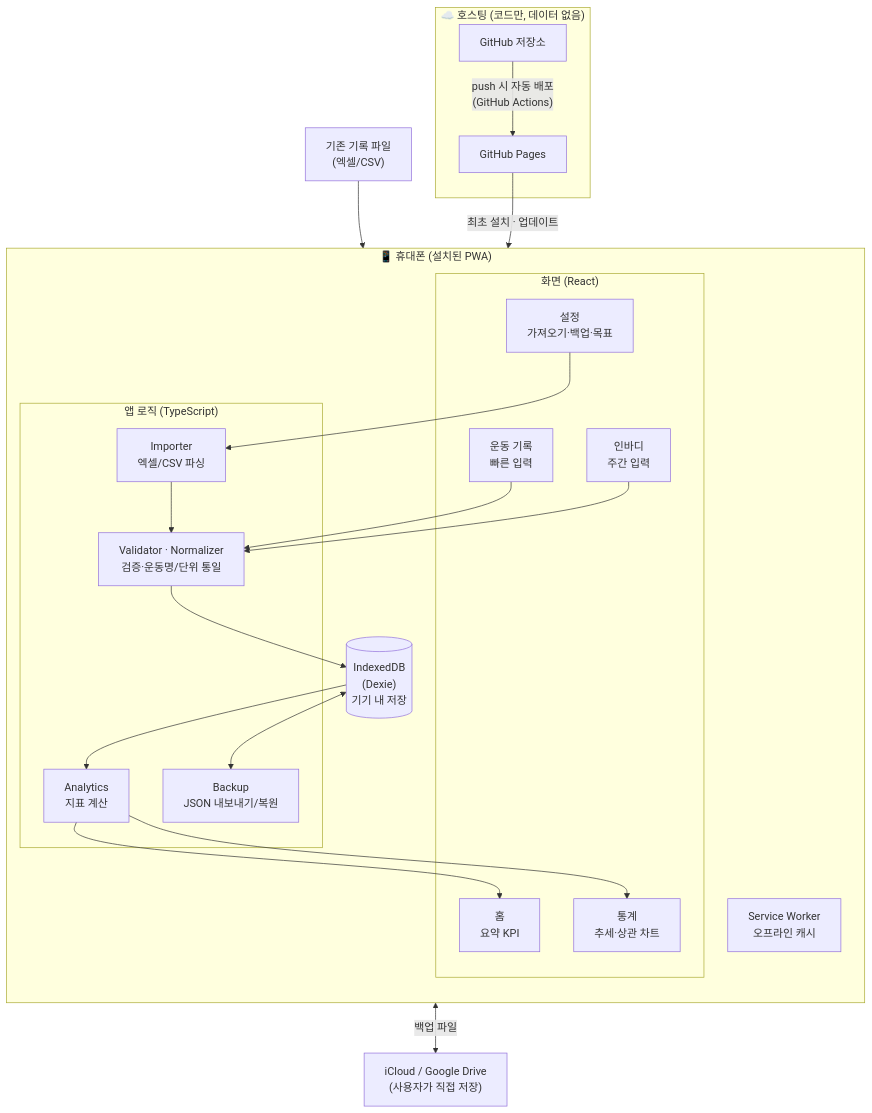
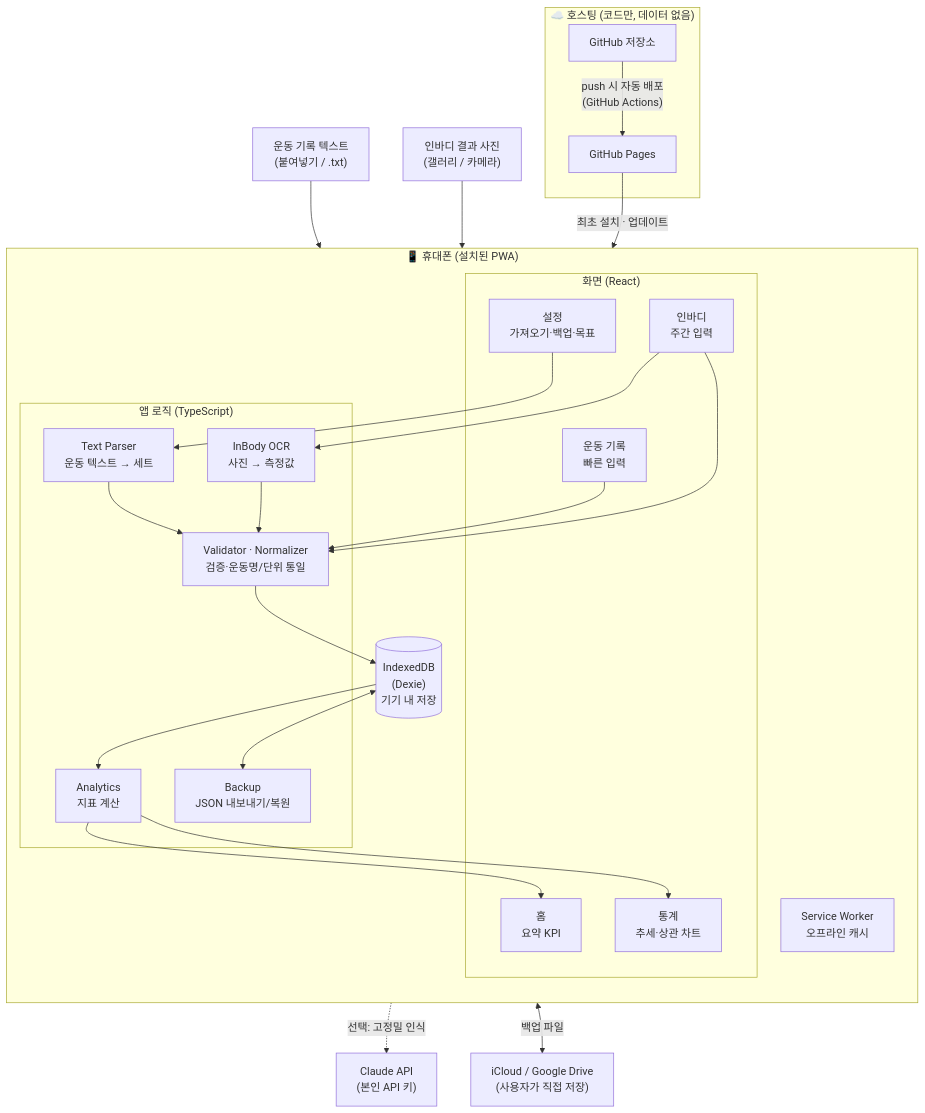
Before and after one commit to y2j1004-run/003.workout_mgmt: the first of 6 diagrams in docs/ARCHITECTURE.md, drawn with Mermaid. The commit also changed other lines of this file and 23 other files, not shown here.

````diff
--- a/docs/ARCHITECTURE.md
+++ b/docs/ARCHITECTURE.md
@@ -34,35 +44,39 @@
 ```mermaid
 flowchart TB
     subgraph PHONE["📱 휴대폰 (설치된 PWA)"]
         direction TB
         subgraph UI["화면 (React)"]
             U1["홈<br/>요약 KPI"]
             U2["운동 기록<br/>빠른 입력"]
             U3["인바디<br/>주간 입력"]
             U4["통계<br/>추세·상관 차트"]
             U5["설정<br/>가져오기·백업·목표"]
         end
 
         subgraph CORE["앱 로직 (TypeScript)"]
-            L1["Importer<br/>엑셀/CSV 파싱"]
+            L1["Text Parser<br/>운동 텍스트 → 세트"]
+            L5["InBody OCR<br/>사진 → 측정값"]
             L2["Validator · Normalizer<br/>검증·운동명/단위 통일"]
             L3["Analytics<br/>지표 계산"]
             L4["Backup<br/>JSON 내보내기/복원"]
         end
 
         DB[("IndexedDB<br/>(Dexie)<br/>기기 내 저장")]
         SW["Service Worker<br/>오프라인 캐시"]
     end
 
     subgraph HOST["☁️ 호스팅 (코드만, 데이터 없음)"]
         GH["GitHub 저장소"] -->|"push 시 자동 배포<br/>(GitHub Actions)"| PG["GitHub Pages"]
     end
 
-    FILES["기존 기록 파일<br/>(엑셀/CSV)"] --> U5
+    TXT["운동 기록 텍스트<br/>(붙여넣기 / .txt)"] --> U5
+    PHOTO["인바디 결과 사진<br/>(갤러리 / 카메라)"] --> U3
     U5 --> L1 --> L2 --> DB
+    U3 --> L5 --> L2
+    L5 -. "선택: 고정밀 인식" .-> API["Claude API<br/>(본인 API 키)"]
     U2 & U3 --> L2
     DB --> L3 --> U1 & U4
     DB <--> L4
     L4 <-->|"백업 파일"| CLOUD["iCloud / Google Drive<br/>(사용자가 직접 저장)"]
     PG -->|"최초 설치 · 업데이트"| SW
 ```
````
